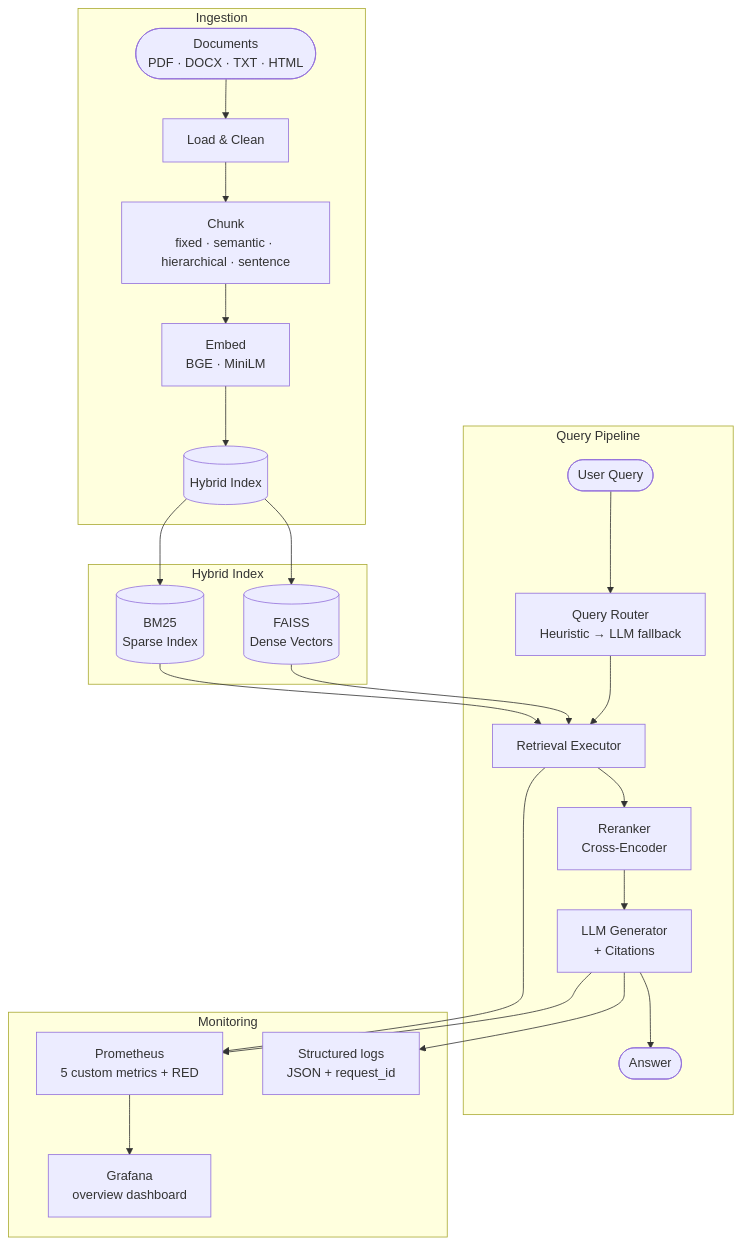
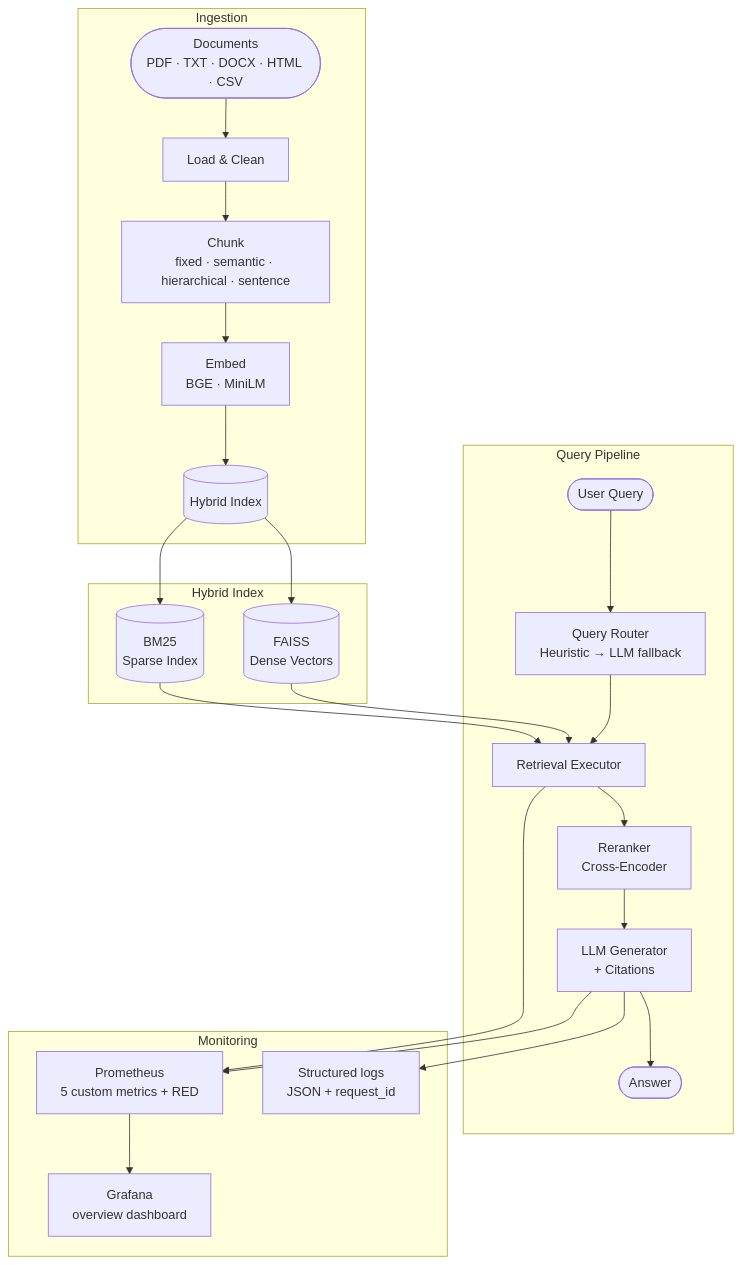
The first of 2 diagrams in README.md (Kollipara-Hema/ragcore), drawn with Mermaid before and after one commit. The commit also changed other lines of this file, not shown here.

````diff
--- a/README.md
+++ b/README.md
@@ -115,34 +115,34 @@
 ```mermaid
 flowchart TD
     subgraph Ingestion
-        A([Documents<br/>PDF · DOCX · TXT · HTML]) --> B[Load & Clean]
+        A([Documents<br/>PDF · TXT · DOCX · HTML · CSV]) --> B[Load & Clean]
         B --> C[Chunk<br/>fixed · semantic · hierarchical · sentence]
         C --> D[Embed<br/>BGE · MiniLM]
         D --> E[(Hybrid Index)]
     end
 
     subgraph Index ["Hybrid Index"]
         E1[(FAISS<br/>Dense Vectors)]
         E2[(BM25<br/>Sparse Index)]
     end
 
     subgraph Query Pipeline
         G([User Query]) --> H[Query Router<br/>Heuristic → LLM fallback]
         H --> I[Retrieval Executor]
         I --> J[Reranker<br/>Cross-Encoder]
         J --> K[LLM Generator<br/>+ Citations]
         K --> L([Answer])
     end
 
     subgraph Monitoring
         K --> M1[Prometheus<br/>5 custom metrics + RED]
         I --> M1
         M1 --> M2[Grafana<br/>overview dashboard]
         K --> M3[Structured logs<br/>JSON + request_id]
     end
 
     E --> E1
     E --> E2
     E1 --> I
     E2 --> I
 ```
````
